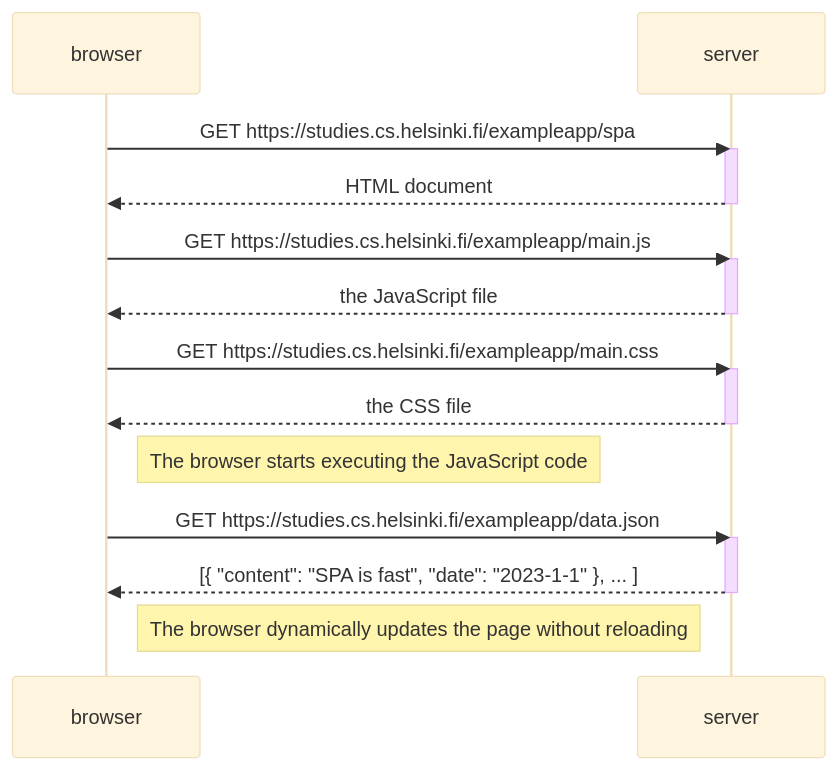
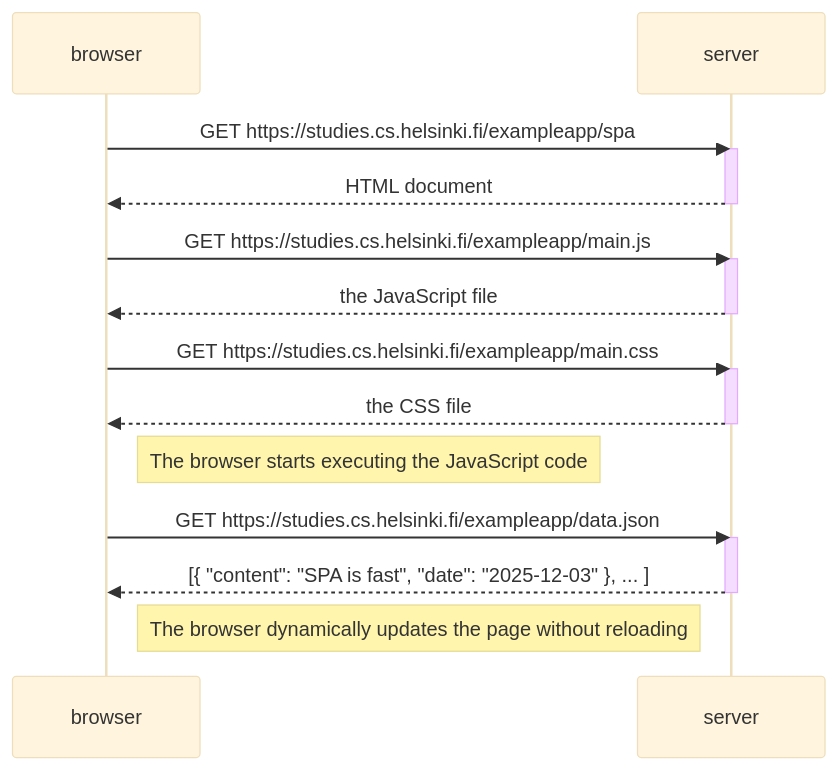
Before and after one commit to byteGabo/FullStack-Open-Course: the diagram in Part 0/0-5.md, drawn with Mermaid (base theme). The commit also changed 1 other file, not shown here.

Commit message:
changes dates of new notes

````diff
--- a/Part 0/0-5.md
+++ b/Part 0/0-5.md
@@ -1,30 +1,30 @@
  ```mermaid
     sequenceDiagram
         participant browser
         participant server
 
         browser->>server: GET https://studies.cs.helsinki.fi/exampleapp/spa
         activate server
         server-->>browser: HTML document
         deactivate server
 
         browser->>server: GET https://studies.cs.helsinki.fi/exampleapp/main.js
         activate server
         server-->>browser: the JavaScript file
         deactivate server
 
         browser->>server: GET https://studies.cs.helsinki.fi/exampleapp/main.css
         activate server
         server-->>browser: the CSS file
         deactivate server
 
         Note right of browser: The browser starts executing the JavaScript code
 
         browser->>server: GET https://studies.cs.helsinki.fi/exampleapp/data.json
         activate server
-        server-->>browser: [{ "content": "SPA is fast", "date": "2023-1-1" }, ... ]
+        server-->>browser: [{ "content": "SPA is fast", "date": "2025-12-03" }, ... ]
         deactivate server
 
         Note right of browser: The browser dynamically updates the page without reloading
 
  ```
````
